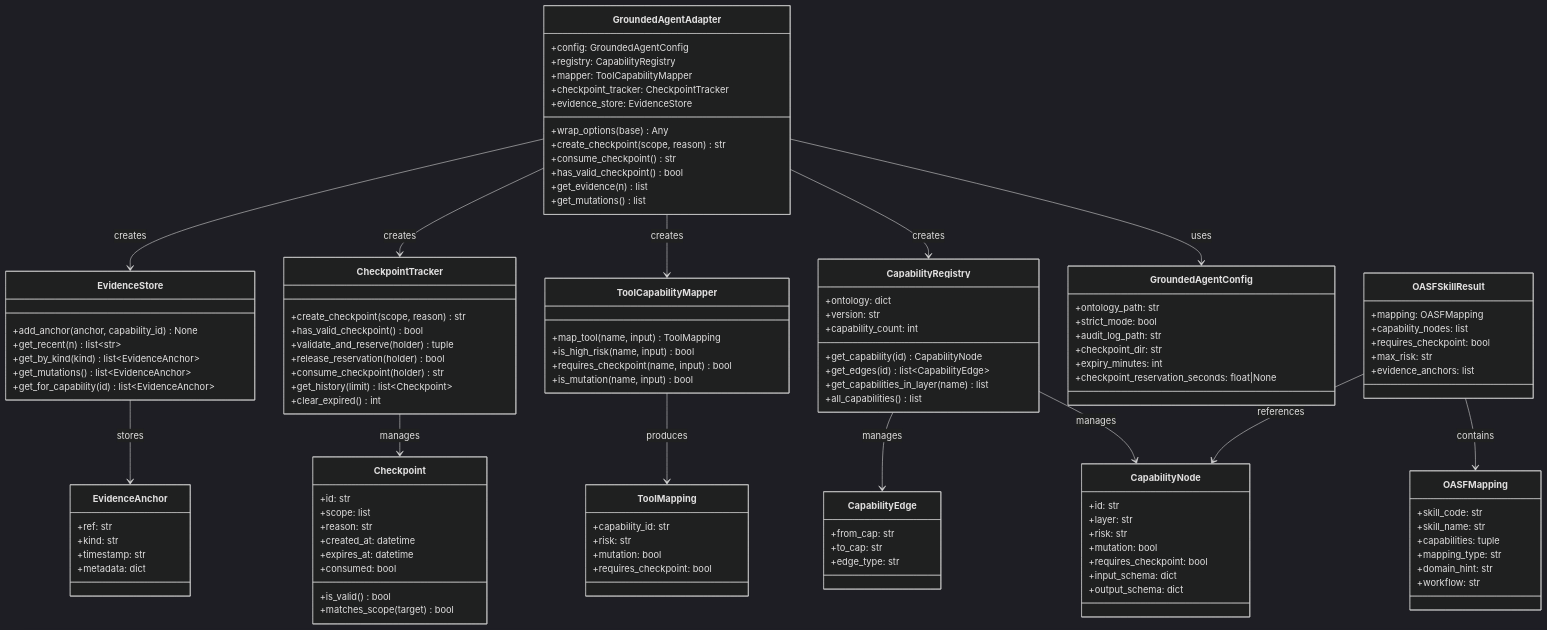
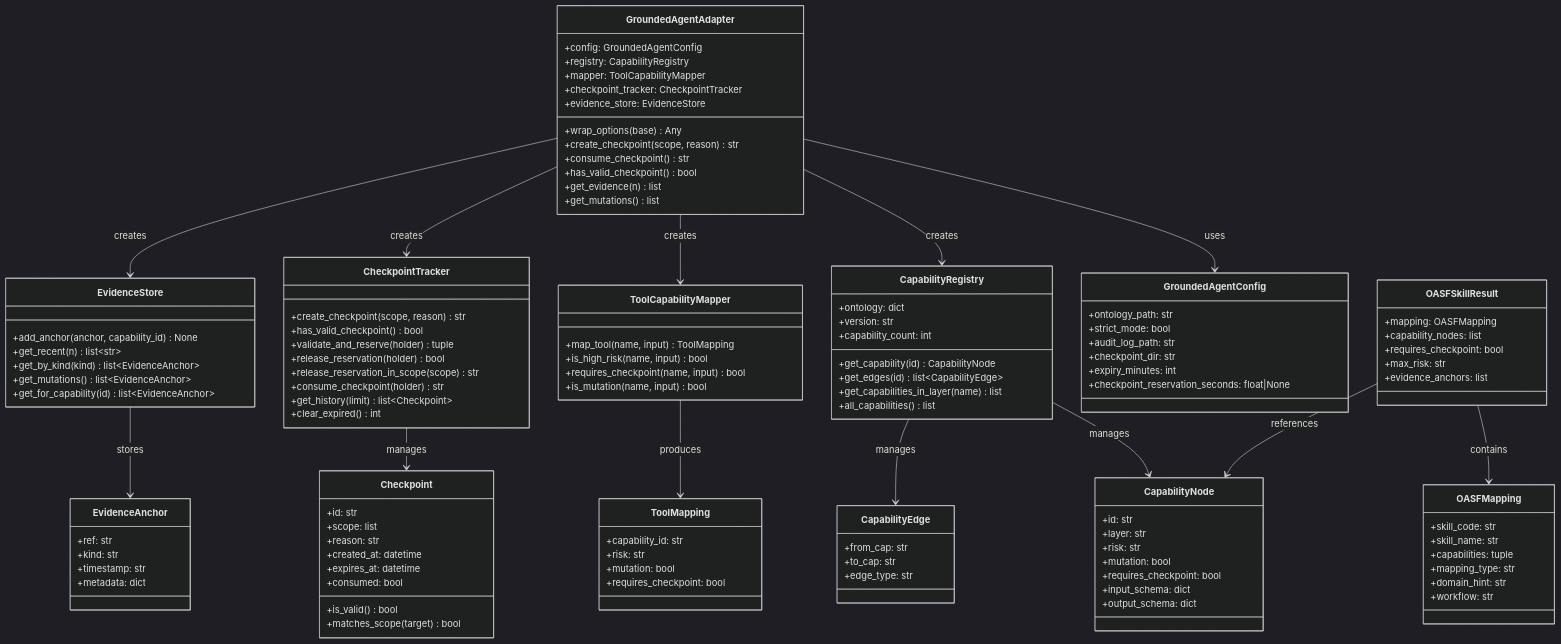
The sixth of 7 diagrams in analysis/03-data-model-and-erd.md (synaptiai/agent-capability-standard), drawn with Mermaid (dark theme) before and after one commit. The commit also changed 8 other files, not shown here.

```diff
--- a/analysis/03-data-model-and-erd.md
+++ b/analysis/03-data-model-and-erd.md
@@ -1104,6 +1104,7 @@
         +has_valid_checkpoint() bool
         +validate_and_reserve(holder) tuple
         +release_reservation(holder) bool
+        +release_reservation_in_scope(scope) str
         +consume_checkpoint(holder) str
         +get_history(limit) list~Checkpoint~
         +clear_expired() int
```
